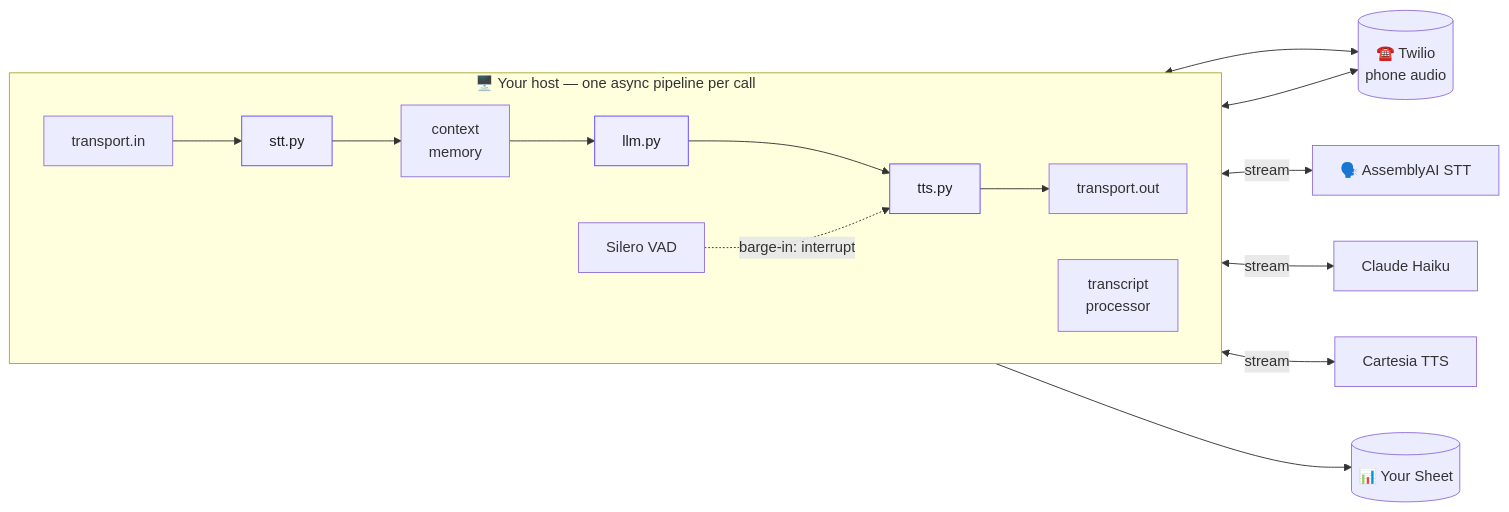
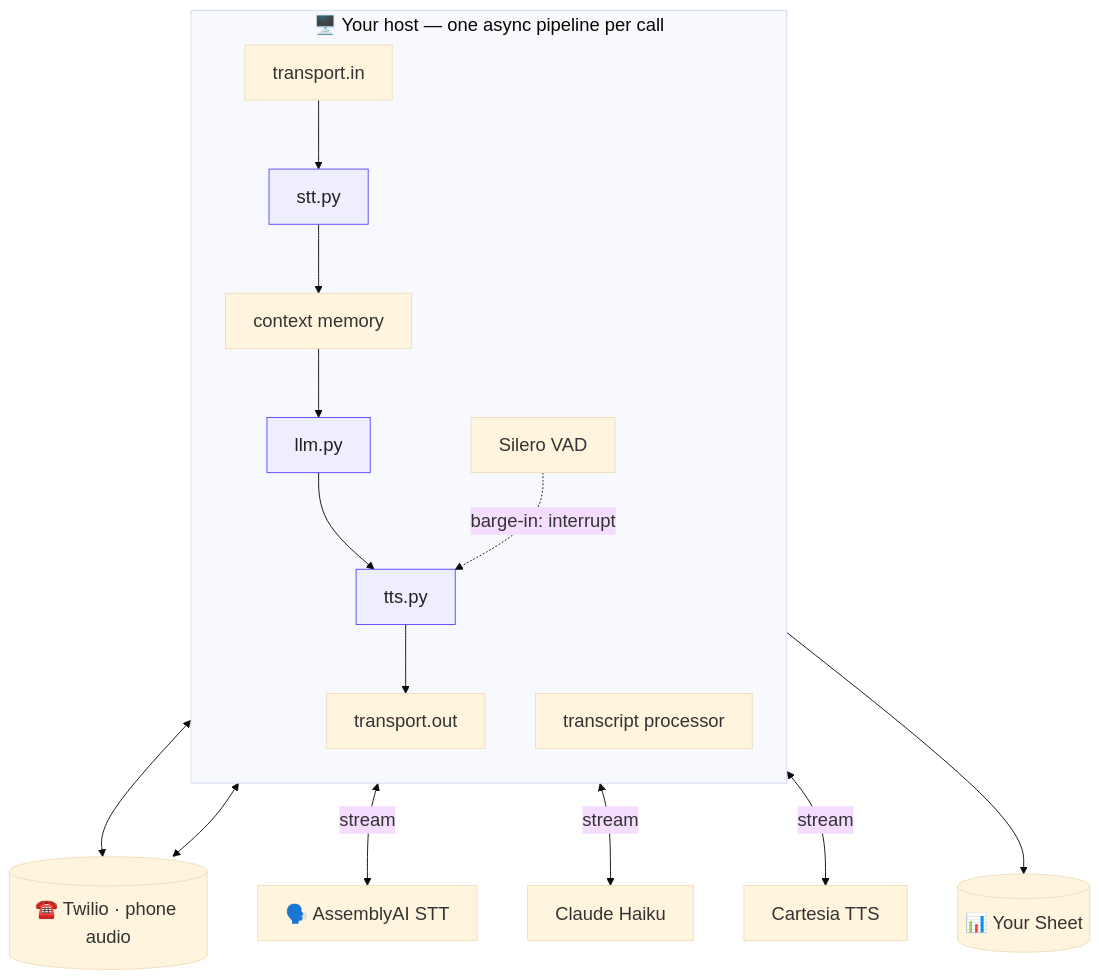
The third of 3 diagrams in README.md (zhang-liz/OpenLine), drawn with Mermaid before and after one commit. The commit also changed other lines of this file, not shown here.

Commit message:
Polish README Mermaid diagrams, drop plain-text fallbacks

````diff
--- a/README.md
+++ b/README.md
@@ -125,22 +110,23 @@
 ```mermaid
-flowchart LR
-    Twilio[(☎️ Twilio<br/>phone audio)]
+%%{init: {'theme':'base', 'flowchart': {'nodeSpacing': 55, 'rankSpacing': 50}, 'themeVariables': {'fontSize': '20px'}}}%%
+flowchart TD
+    Twilio[(☎️ Twilio · phone audio)]
 
     subgraph host["🖥️ Your host — one async pipeline per call"]
-        direction LR
+        direction TB
         TIN[transport.in] --> STT[stt.py]
-        STT --> CTX[context<br/>memory] --> LLM[llm.py] --> TTS[tts.py] --> TOUT[transport.out]
+        STT --> CTX[context memory] --> LLM[llm.py] --> TTS[tts.py] --> TOUT[transport.out]
         VAD[Silero VAD] -. barge-in: interrupt .-> TTS
-        TR[transcript<br/>processor]
+        TR[transcript processor]
     end
 
     Twilio <--> TIN
     TOUT <--> Twilio
     STT <-->|stream| AAI[🗣️ AssemblyAI STT]
     LLM <-->|stream| CL[Claude Haiku]
     TTS <-->|stream| CART[Cartesia TTS]
     TR --> SHEET[(📊 Your Sheet)]
 
     classDef swap fill:#EEF,stroke:#5A45FF,color:#222;
     class STT,LLM,TTS swap;
 ```
````
